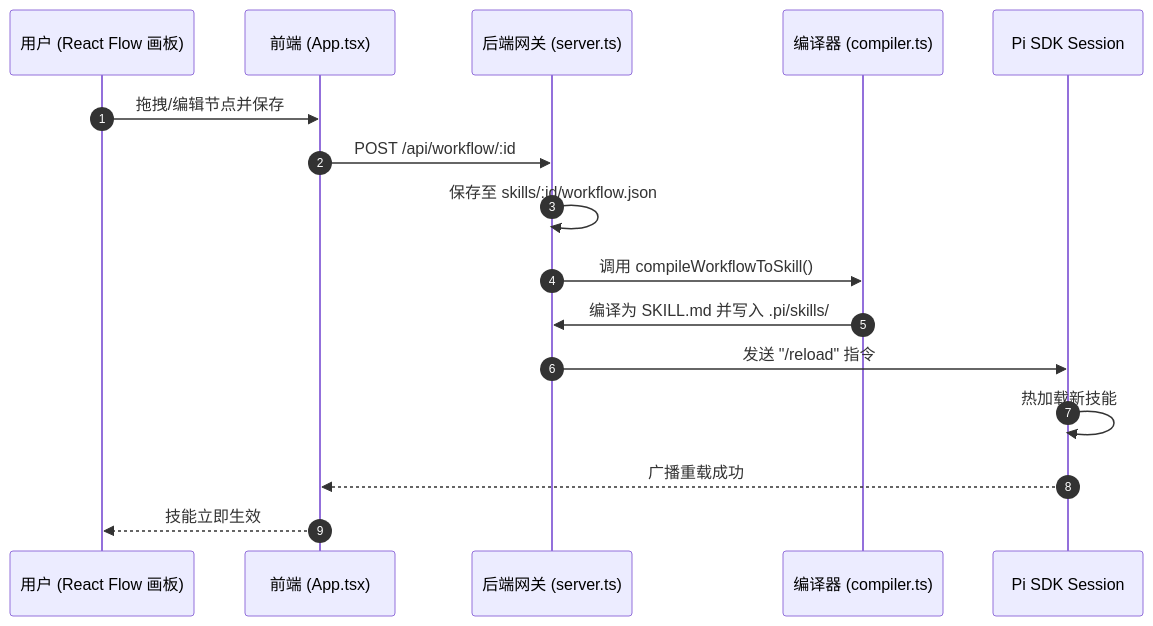
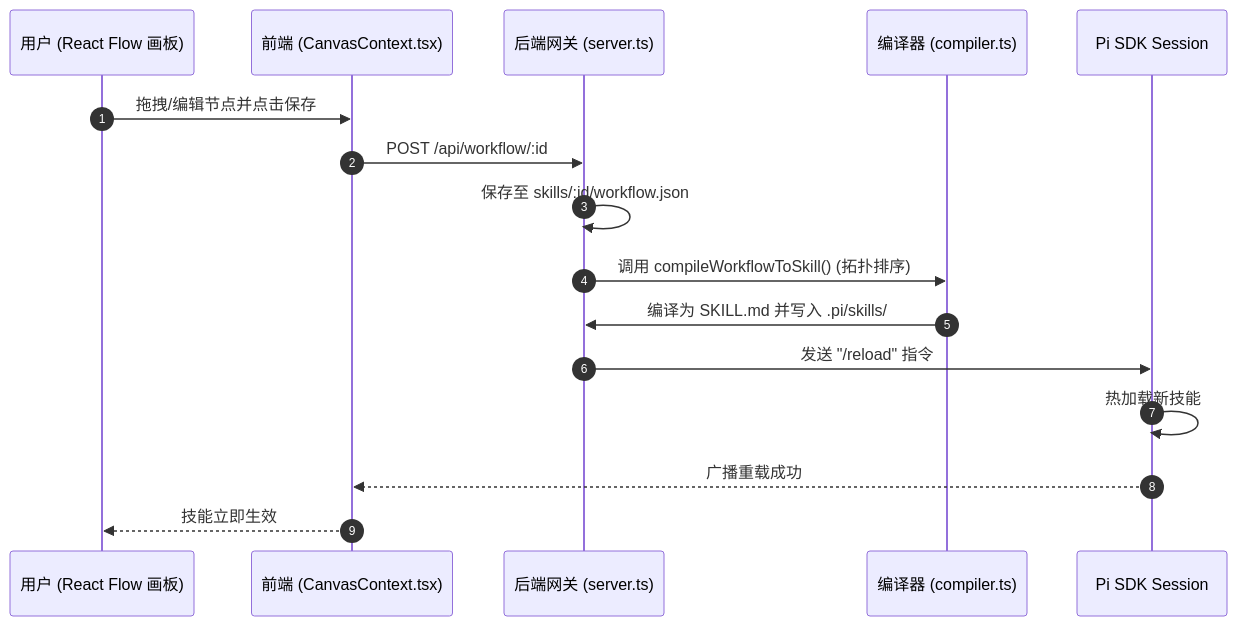
The first of 3 diagrams in README.md (liskydrift/projectEL), drawn with Mermaid before and after one commit. The commit also changed other lines of this file and 32 other files, not shown here.

````diff
--- a/README.md
+++ b/README.md
@@ -67,19 +104,19 @@
 ```mermaid
 sequenceDiagram
     autonumber
     participant U as 用户 (React Flow 画板)
-    participant F as 前端 (App.tsx)
+    participant F as 前端 (CanvasContext.tsx)
     participant B as 后端网关 (server.ts)
     participant C as 编译器 (compiler.ts)
     participant P as Pi SDK Session
 
-    U->>F: 拖拽/编辑节点并保存
+    U->>F: 拖拽/编辑节点并点击保存
     F->>B: POST /api/workflow/:id
     B->>B: 保存至 skills/:id/workflow.json
-    B->>C: 调用 compileWorkflowToSkill()
+    B->>C: 调用 compileWorkflowToSkill() (拓扑排序)
     C->>B: 编译为 SKILL.md 并写入 .pi/skills/
     B->>P: 发送 "/reload" 指令
     P->>P: 热加载新技能
     P-->>F: 广播重载成功
     F-->>U: 技能立即生效
 ```
````
